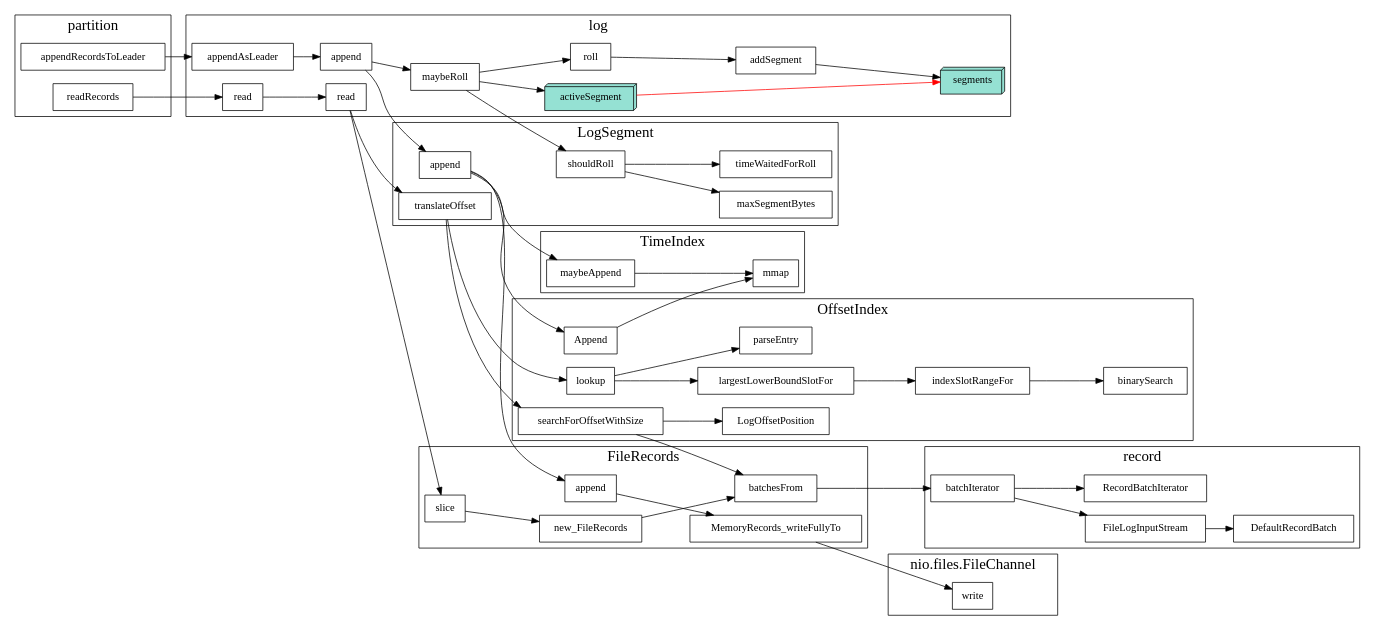
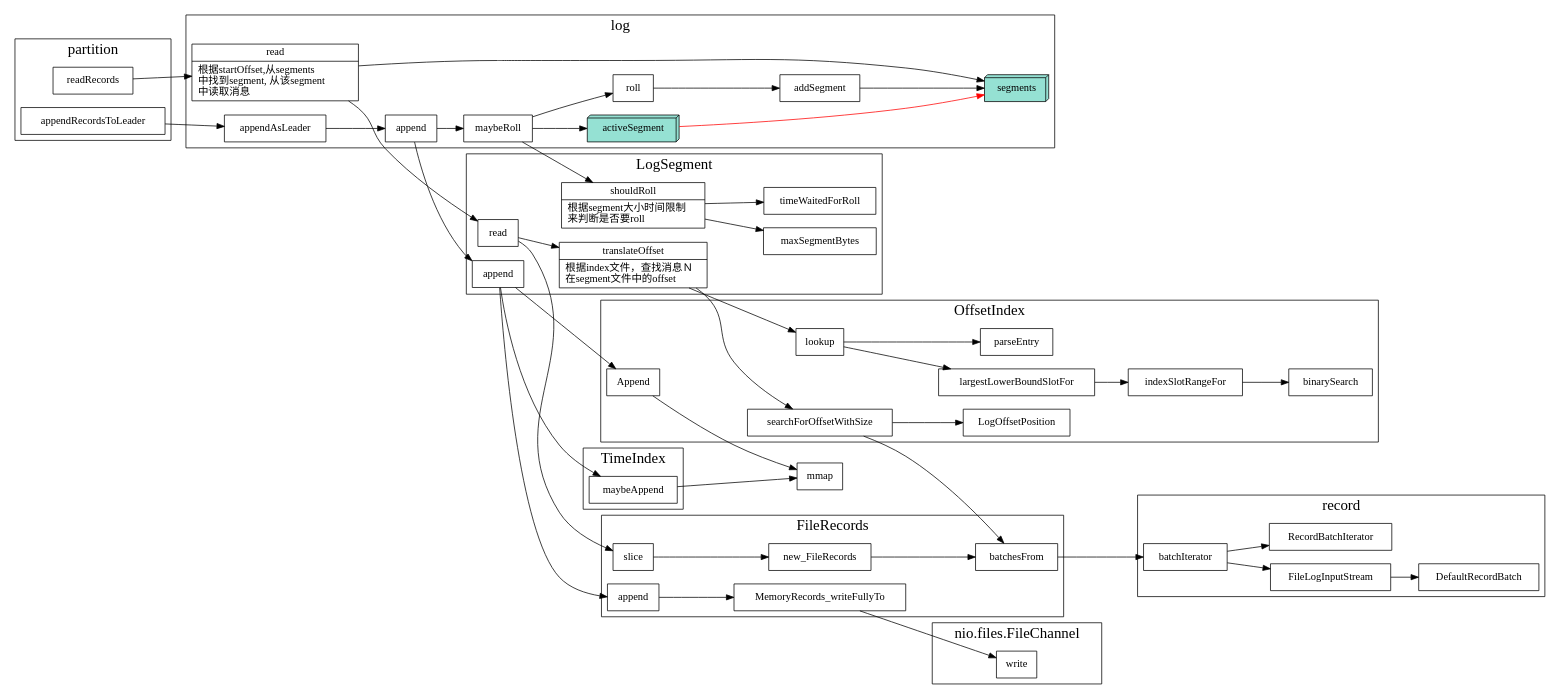
One commit to xieyu/blog changed the diagram in src/kafka/log_read_write.dot. Above: the diagram before and after it, drawn with Graphviz. The commit also changed 4 other files, not shown here.

```diff
--- a/src/kafka/log_read_write.dot
+++ b/src/kafka/log_read_write.dot
@@ -1,111 +1,140 @@
 digraph log_read_write {
   node[shape=box];
   newrank=true;
   rankdir=LR;
   subgraph cluster_log {
     graph[label="log";fontsize=20;];
   }
 
   subgraph cluster_channel {
     graph[label="nio.files.FileChannel";fontsize=20;];
     channel_write[label="write"];
   }
   subgraph cluster_record {
     graph[label="record";fontsize=20;];
     batchIterator -> FileLogInputStream -> DefaultRecordBatch;
     batchIterator -> RecordBatchIterator;
   }
 
   subgraph cluster_FileRecords {
     graph[label="FileRecords";fontsize=20;];
     FileRecords_append[label="append"];
     FileRecords_slice[label="slice"];
     FileRecords_append -> MemoryRecords_writeFullyTo -> channel_write;
     FileRecords_slice -> new_FileRecords -> batchesFrom;
     batchesFrom -> batchIterator;
   }
 
   subgraph cluster_TimeIndex {
     graph[label="TimeIndex";fontsize=20;];
     timeIndex_maybeAppend[label="maybeAppend"];
-    timeIndex_maybeAppend -> mmap;
   }
+  timeIndex_maybeAppend -> mmap;
+  offsetIndex_append -> mmap;
+  {rank=same;offsetIndex_append;timeIndex_maybeAppend};
+
   subgraph cluster_OffsetIndex {
     graph[label="OffsetIndex";fontsize=20;];
     offsetIndex_append[label="Append"];
     offsetIndex_lookup[label="lookup"];
-    offsetIndex_append -> mmap;
     offsetIndex_lookup -> {
       largestLowerBoundSlotFor;
       parseEntry;
     };
     largestLowerBoundSlotFor -> indexSlotRangeFor -> binarySearch;
     searchForOffsetWithSize -> {
       batchesFrom;
       LogOffsetPosition;
     };
   }
   subgraph cluster_Segment {
     graph[label="LogSegment";fontsize=20;];
     segment_append[shape="record";
       label="{{
         append
       }}";
     ];
     segment_append -> {
       FileRecords_append;
       timeIndex_maybeAppend;
       offsetIndex_append;
     }
     segment_read[label="read"];
     segment_read -> {
       FileRecords_slice;
       translateOffset;
     }
     translateOffset -> {
       offsetIndex_lookup;
       searchForOffsetWithSize;
     };
+    translateOffset[shape="record";
+      label="{{
+        translateOffset|
+          根据index文件，查找消息Ｎ\l 
+          在segment文件中的offset\l
+      }}";
+    ];
+    shouldRoll[shape="record";
+      label="{{
+        shouldRoll|
+          根据segment大小时间限制\l 
+          来判断是否要roll\l
+      }}";
+    ];
     shouldRoll -> {
       maxSegmentBytes;
       timeWaitedForRoll;
     }
+    {rank=same;segment_read;segment_append};
   }
 
   subgraph cluster_log {
     graph[label="log";fontsize=20;];
-    localLog_read[label="read"];
+    localLog_read[shape="record";
+      label="{{
+        read|
+          根据startOffset,从segments\l 
+          中找到segment, 从该segment\l 
+          中读取消息\l
+      }}";
+    ];
     appendAsLeader -> append; 
-    localLog_read -> segment_read;
+    localLog_read -> {
+      segments;
+    }
     append -> {
       maybeRoll;
     }
     maybeRoll -> {
       activeSegment;
       roll;
     }
     roll -> addSegment;
     addSegment -> segments;
     activeSegment[
       fillcolor="#95e1d3"
       style=filled;
       shape=box3d;
       label="activeSegment"
     ];
     segments[
       fillcolor="#95e1d3"
       style=filled;
       shape=box3d;
       label="segments"
     ];
     activeSegment -> segments[color=red];
+    {rank=same;localLog_read;appendAsLeader};
   }
   maybeRoll -> shouldRoll;
   append -> segment_append;
+  localLog_read -> segment_read;
 
   subgraph cluster_partition {
     graph[label="partition";fontsize=20;];
     readRecords -> localLog_read;
     appendRecordsToLeader -> appendAsLeader;
+    {rank=same;readRecords;appendRecordsToLeader};
   }
 }
```
